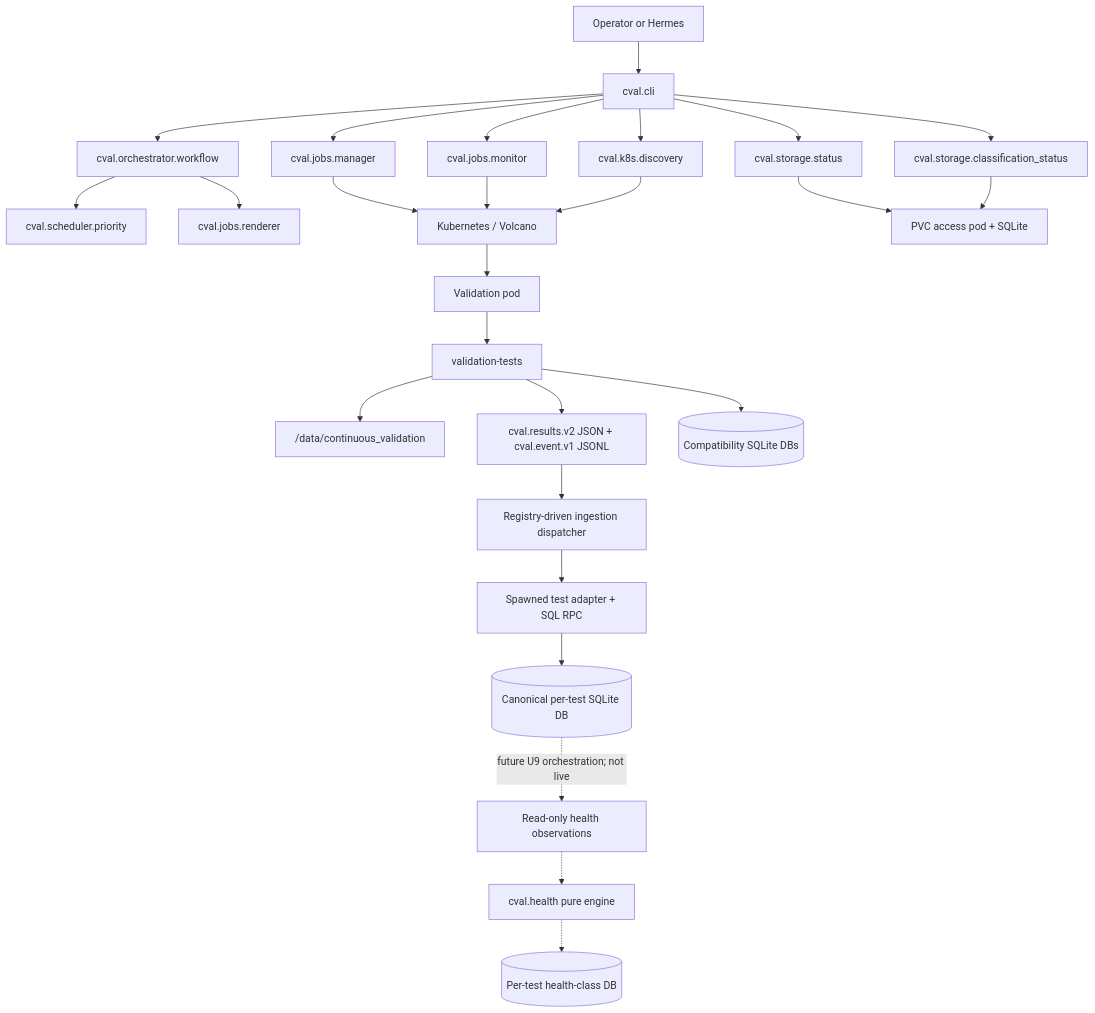
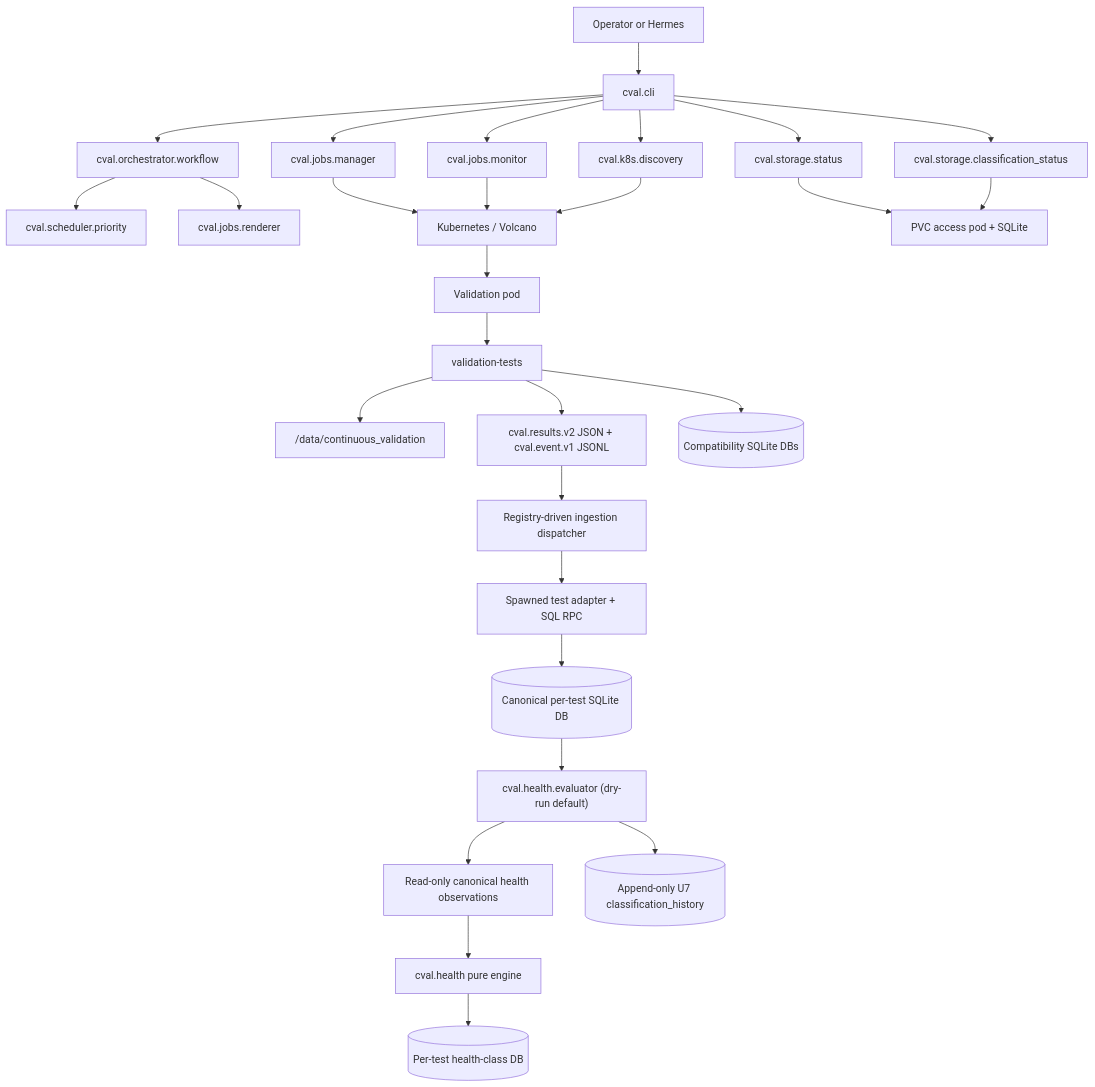
Before and after one commit to IamNirmata/c-val: the diagram in docs/architecture.md, drawn with Mermaid. The commit also changed other lines of this file and 32 other files, not shown here.

Commit message:
add dry-run-first U9 health evaluator

````diff
--- a/docs/architecture.md
+++ b/docs/architecture.md
@@ -9,28 +9,30 @@
 ```mermaid
 flowchart TB
     Operator["Operator or Hermes"] --> CLI["cval.cli"]
     CLI --> Discovery["cval.k8s.discovery"]
     CLI --> Status["cval.storage.status"]
     CLI --> ClassStatus["cval.storage.classification_status"]
     CLI --> Workflow["cval.orchestrator.workflow"]
     Workflow --> Priority["cval.scheduler.priority"]
     Workflow --> Renderer["cval.jobs.renderer"]
     CLI --> Manager["cval.jobs.manager"]
     CLI --> Monitor["cval.jobs.monitor"]
     Manager --> Kube["Kubernetes / Volcano"]
     Monitor --> Kube
     Discovery --> Kube
     Status --> PVC["PVC access pod + SQLite"]
     ClassStatus --> PVC
     Kube --> ValidationPod["Validation pod"]
     ValidationPod --> Scripts["validation-tests"]
     Scripts --> Artifacts["/data/continuous_validation"]
     Scripts --> ResultJson["cval.results.v2 JSON + cval.event.v1 JSONL"]
     Scripts --> CompatDB[(Compatibility SQLite DBs)]
     ResultJson --> Ingestion["Registry-driven ingestion dispatcher"]
     Ingestion --> Adapter["Spawned test adapter + SQL RPC"]
     Adapter --> PerTestDB[(Canonical per-test SQLite DB)]
-    PerTestDB -. "future U9 orchestration; not live" .-> HealthAdapter["Read-only health observations"]
-    HealthAdapter -.-> HealthEngine["cval.health pure engine"]
-    HealthEngine -.-> HealthDB[(Per-test health-class DB)]
+    PerTestDB --> Evaluator["cval.health.evaluator (dry-run default)"]
+    Evaluator --> HealthAdapter["Read-only canonical health observations"]
+    HealthAdapter --> HealthEngine["cval.health pure engine"]
+    HealthEngine --> HealthDB[(Per-test health-class DB)]
+    Evaluator --> History[(Append-only U7 classification_history)]
 ```
````
